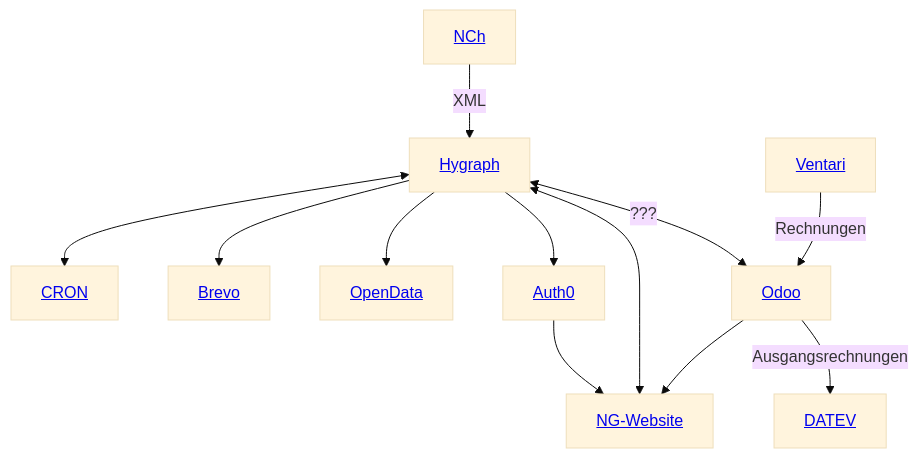
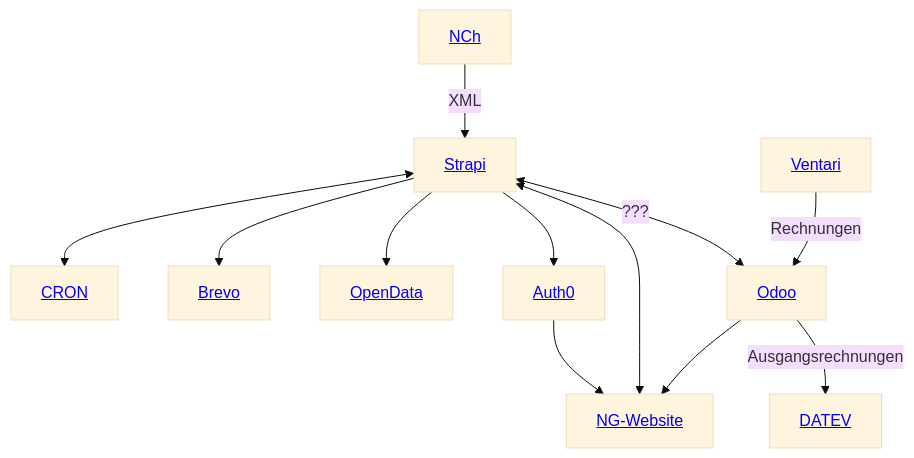
Before and after one commit to GDCh-de/docs: the diagram in infrastructure-future.md, drawn with Mermaid (base theme). The commit also changed other lines of this file and 2 other files, not shown here.

Commit message:
ng stuff

````diff
--- a/infrastructure-future.md
+++ b/infrastructure-future.md
@@ -3,13 +3,13 @@
 ```mermaid
 graph TD;
-  Hygraph <--> Cron[<a href='/GDCh-de/docs/blob/main/CRON.md'>CRON</a>];
-  NCh[<a href='/GDCh-de/docs/blob/main/NCh.md'>NCh</a>] --> |XML| Hygraph;
-  Hygraph --> Brevo[<a href='/GDCh-de/docs/blob/main/Brevo.md'>Brevo</a>];
-  Hygraph --> OpenData[<a href='/GDCh-de/docs/blob/main/OpenData.md'>OpenData</a>];
-  Hygraph[<a href='/GDCh-de/docs/blob/main/hygraph.md'>Hygraph</a>] --> Auth0[<a href='/GDCh-de/docs/blob/main/Auth0.md'>Auth0</a>] --> WebsiteNG[<a href='/GDCh-de/docs/blob/main/WebsiteNG.md'>NG-Website</a>];
+  Strapi <--> Cron[<a href='/GDCh-de/docs/blob/main/CRON.md'>CRON</a>];
+  NCh[<a href='/GDCh-de/docs/blob/main/NCh.md'>NCh</a>] --> |XML| Strapi;
+  Strapi --> Brevo[<a href='/GDCh-de/docs/blob/main/Brevo.md'>Brevo</a>];
+  Strapi --> OpenData[<a href='/GDCh-de/docs/blob/main/OpenData.md'>OpenData</a>];
+  Strapi[<a href='/GDCh-de/docs/blob/main/Strapi.md'>Strapi</a>] --> Auth0[<a href='/GDCh-de/docs/blob/main/Auth0.md'>Auth0</a>] --> WebsiteNG[<a href='/GDCh-de/docs/blob/main/WebsiteNG.md'>NG-Website</a>];
   Ventari[<a href='/GDCh-de/docs/blob/main/Ventari.md'>Ventari</a>] --> |Rechnungen| Odoo;
   Odoo --> WebsiteNG;
   Odoo[<a href='/GDCh-de/docs/blob/main/Odoo.md'>Odoo</a>] --> |Ausgangsrechnungen| DATEV[<a href='/GDCh-de/docs/blob/main/DATEV.md'>DATEV</a>];
-  Hygraph <--> WebsiteNG;
-  Hygraph <--> | ??? | Odoo;
+  Strapi <--> WebsiteNG;
+  Strapi <--> | ??? | Odoo;
 ```
````
